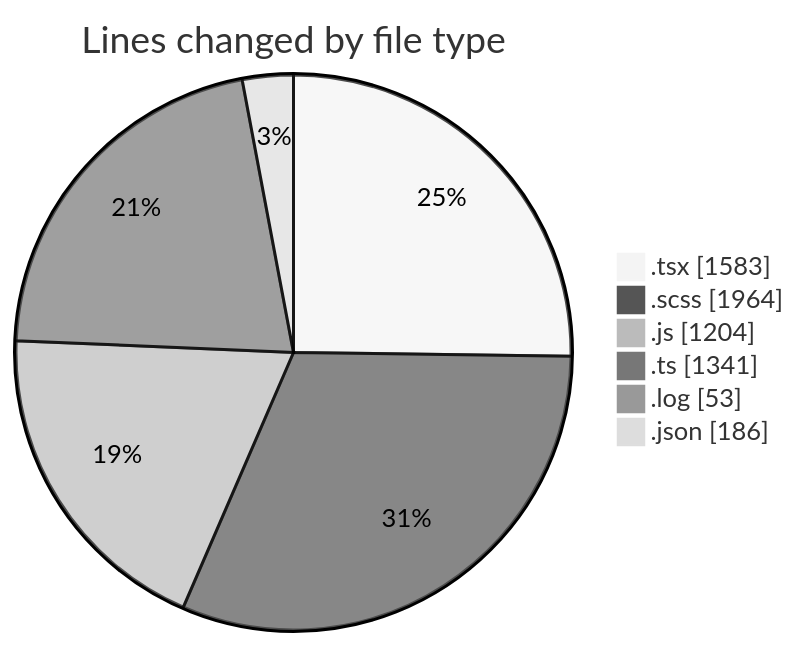
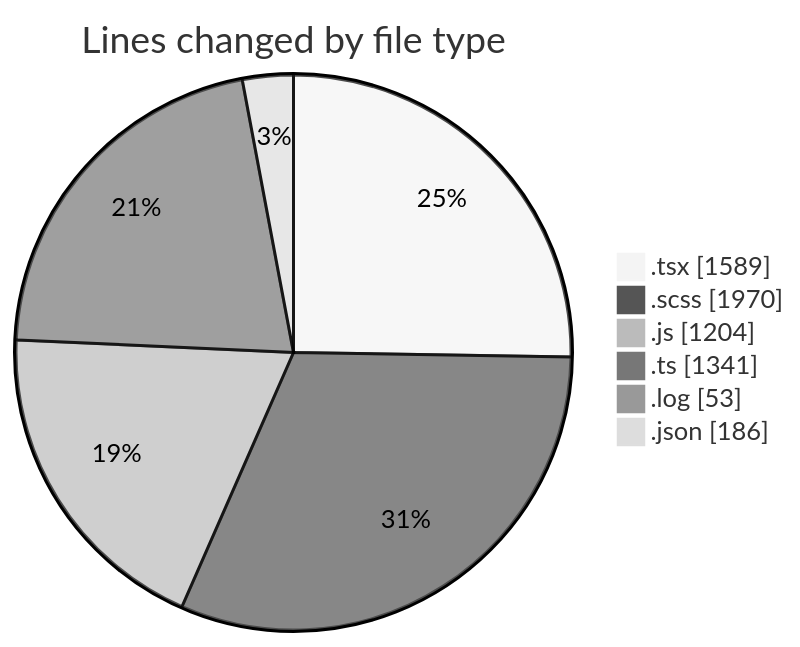
One commit to momahboobian/code-tracking changed the first of 2 diagrams in 2026-03-25/cda/README.md. Above: the diagram before and after it, drawn with Mermaid (neutral theme). The commit also changed other lines of this file and 1 other file, not shown here.

````diff
--- a/2026-03-25/cda/README.md
+++ b/2026-03-25/cda/README.md
@@ -28,10 +28,10 @@
 ```mermaid
 pie showData
 title Lines changed by file type
-".tsx" : 1583
-".scss" : 1964
+".tsx" : 1589
+".scss" : 1970
 ".js" : 1204
 ".ts" : 1341
 ".log" : 53
 ".json" : 186
 ```
````
